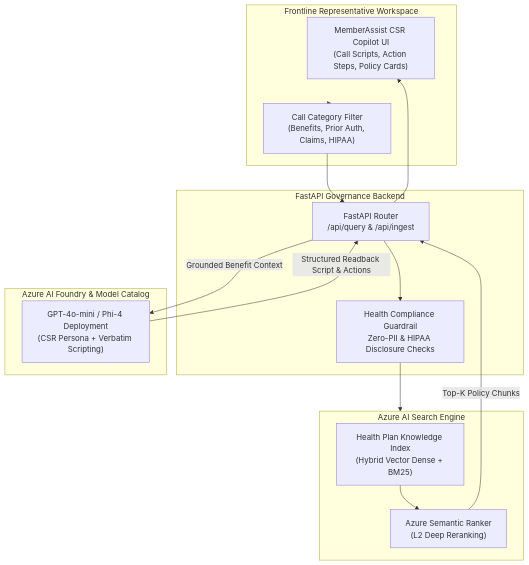
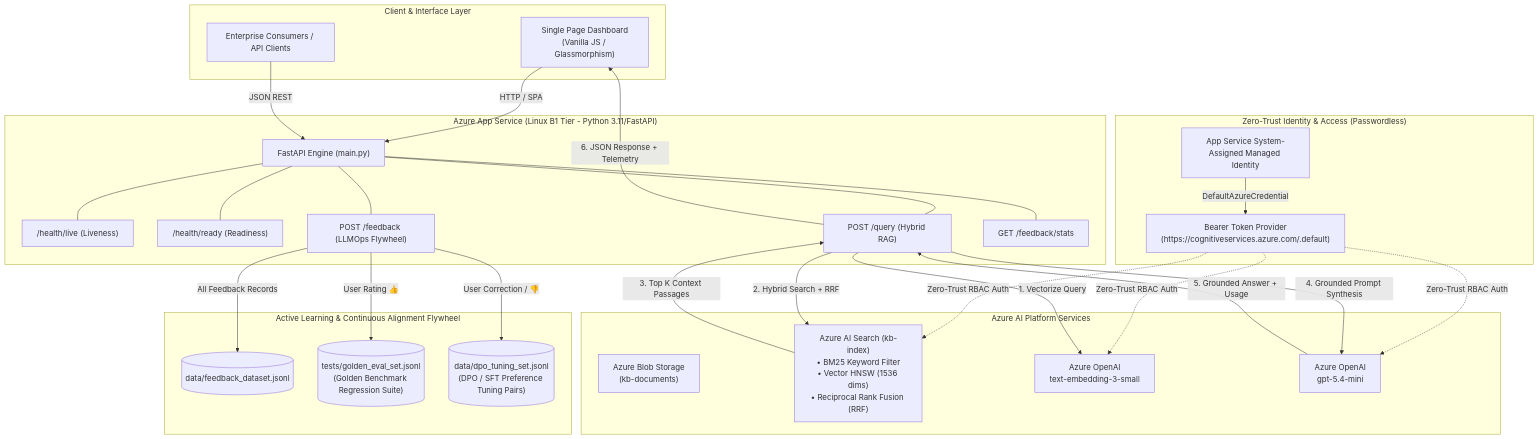
One commit to N8Space/intelligent-knowledge-hub changed the diagram in README.md. Above: the diagram before and after it, drawn with Mermaid. The commit also changed other lines of this file and 39 other files, not shown here.

Commit message:
feat: complete Enterprise Zero-Trust RAG platform with calming UI, FinOps telemetry, and active learning flywheel

````diff
--- a/README.md
+++ b/README.md
@@ -27,31 +23,59 @@
 ```mermaid
 flowchart TD
-    subgraph CSR ["Frontline Representative Workspace"]
-        UI["MemberAssist CSR Copilot UI<br/>(Call Scripts, Action Steps, Policy Cards)"]
-        Filter["Call Category Filter<br/>(Benefits, Prior Auth, Claims, HIPAA)"]
+    subgraph ClientLayer ["Client & Interface Layer"]
+        UI["Single Page Dashboard<br/>(Vanilla JS / Glassmorphism)"]
+        ClientAPI["Enterprise Consumers / API Clients"]
     end
 
-    subgraph API ["FastAPI Governance Backend"]
-        Router["FastAPI Router<br/>/api/query & /api/ingest"]
-        Guardrails["Health Compliance Guardrail<br/>Zero-PII & HIPAA Disclosure Checks"]
+    subgraph AppService ["Azure App Service (Linux B1 Tier - Python 3.11/FastAPI)"]
+        FastAPIApp["FastAPI Engine (main.py)"]
+        LiveProbe["/health/live (Liveness)"]
+        ReadyProbe["/health/ready (Readiness)"]
+        RAGRoute["POST /query (Hybrid RAG)"]
+        FeedbackRoute["POST /feedback (LLMOps Flywheel)"]
+        StatsRoute["GET /feedback/stats"]
     end
 
-    subgraph Search ["Azure AI Search Engine"]
-        Index["Health Plan Knowledge Index<br/>(Hybrid Vector Dense + BM25)"]
-        Semantic["Azure Semantic Ranker<br/>(L2 Deep Reranking)"]
+    subgraph Security ["Zero-Trust Identity & Access (Passwordless)"]
+        MSI["App Service System-Assigned Managed Identity"]
+        TokenProvider["Bearer Token Provider<br/>(https://cognitiveservices.azure.com/.default)"]
     end
 
-    subgraph LLM ["Azure AI Foundry & Model Catalog"]
-        Copilot["GPT-4o-mini / Phi-4 Deployment<br/>(CSR Persona + Verbatim Scripting)"]
+    subgraph AzureAI ["Azure AI Platform Services"]
+        Storage["Azure Blob Storage<br/>(kb-documents)"]
+        SearchIndex["Azure AI Search (kb-index)<br/>• BM25 Keyword Filter<br/>• Vector HNSW (1536 dims)<br/>• Reciprocal Rank Fusion (RRF)"]
+        OpenAIEmbed["Azure OpenAI<br/>text-embedding-3-small"]
+        OpenAIChat["Azure OpenAI<br/>gpt-5.4-mini"]
     end
 
-    CSR --> Filter
-    Filter --> Router
-    Router --> Guardrails
-    Guardrails --> Search
-    Index --> Semantic
-    Semantic -->|Top-K Policy Chunks| Router
-    Router -->|Grounded Benefit Context| Copilot
-    Copilot -->|Structured Readback Script & Actions| Router
-    Router --> UI
+    subgraph LLMOps ["Active Learning & Continuous Alignment Flywheel"]
+        FeedbackLog[("data/feedback_dataset.jsonl")]
+        GoldenSet[("tests/golden_eval_set.jsonl<br/>(Golden Benchmark Regression Suite)")]
+        DPOSet[("data/dpo_tuning_set.jsonl<br/>(DPO / SFT Preference Tuning Pairs)")]
+    end
+
+    %% Interactions
+    UI -->|HTTP / SPA| FastAPIApp
+    ClientAPI -->|JSON REST| FastAPIApp
+    FastAPIApp --- LiveProbe
+    FastAPIApp --- ReadyProbe
+    FastAPIApp --- RAGRoute
+    FastAPIApp --- FeedbackRoute
+    FastAPIApp --- StatsRoute
+
+    MSI -->|DefaultAzureCredential| TokenProvider
+    TokenProvider -.->|Zero-Trust RBAC Auth| SearchIndex
+    TokenProvider -.->|Zero-Trust RBAC Auth| OpenAIEmbed
+    TokenProvider -.->|Zero-Trust RBAC Auth| OpenAIChat
+
+    RAGRoute -->|1. Vectorize Query| OpenAIEmbed
+    RAGRoute -->|2. Hybrid Search + RRF| SearchIndex
+    SearchIndex -->|3. Top K Context Passages| RAGRoute
+    RAGRoute -->|4. Grounded Prompt Synthesis| OpenAIChat
+    OpenAIChat -->|5. Grounded Answer + Usage| RAGRoute
+    RAGRoute -->|6. JSON Response + Telemetry| UI
+
+    FeedbackRoute -->|User Rating 👍| GoldenSet
+    FeedbackRoute -->|User Correction / 👎| DPOSet
+    FeedbackRoute -->|All Feedback Records| FeedbackLog
 ```
````
